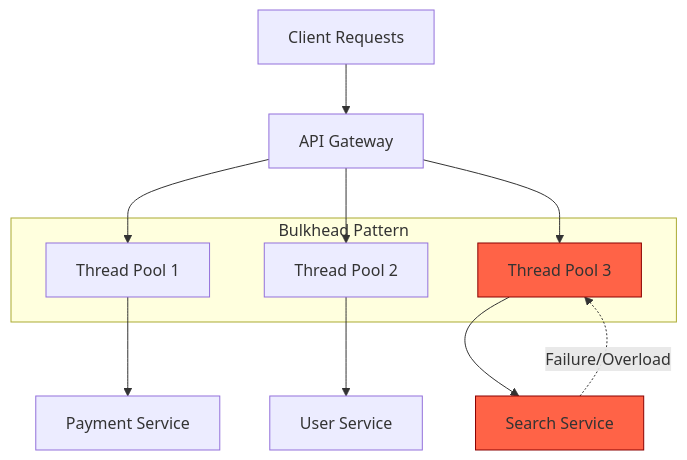
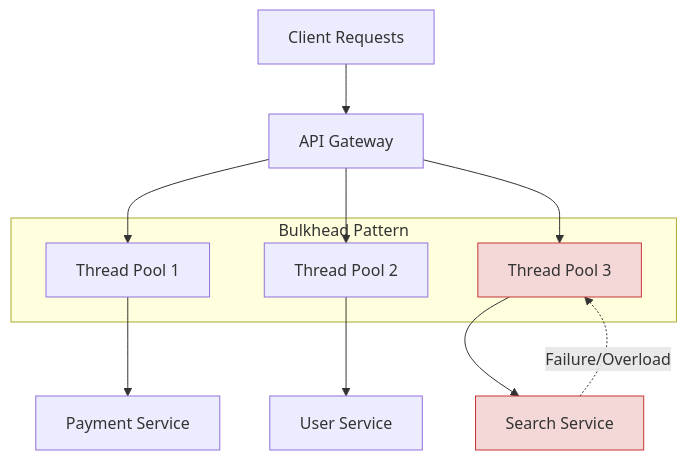
One commit to ukhsa-collaboration/standards-api changed the sixth of 6 diagrams in docs/api-guidelines/performance-reliability-monitoring/resilience.md. Above: the diagram before and after it, drawn with Mermaid. The commit also changed other lines of this file and 1 other file, not shown here.

First line of the commit message:
docs: use GOV.UK colours in caching and resilience diagrams

````diff
--- a/docs/api-guidelines/performance-reliability-monitoring/resilience.md
+++ b/docs/api-guidelines/performance-reliability-monitoring/resilience.md
@@ -337,29 +337,29 @@
 ```mermaid
 graph TD
     Client[Client Requests] --> API[API Gateway]
     
     API --> Pool1[Thread Pool 1]
     API --> Pool2[Thread Pool 2]
     API --> Pool3[Thread Pool 3]
     
     Pool1 --> Service1[Payment Service]
     Pool2 --> Service2[User Service]
     Pool3 --> Service3[Search Service]
     
     Service3 -. "Failure/Overload" .-> Pool3
     
     subgraph "Bulkhead Pattern"
         Pool1
         Pool2
         Pool3
     end
     
 
-    classDef failed fill:#FF6347,stroke:#8B0000;
+    classDef failed fill:#f4d7d7,stroke:#ca3535;
     class Service3,Pool3 failed
 
     
     %% Note: Even though Search Service has failed,
     %% Payment and User services continue to function
     %% because resources are isolated with bulkheads
 ```
````
